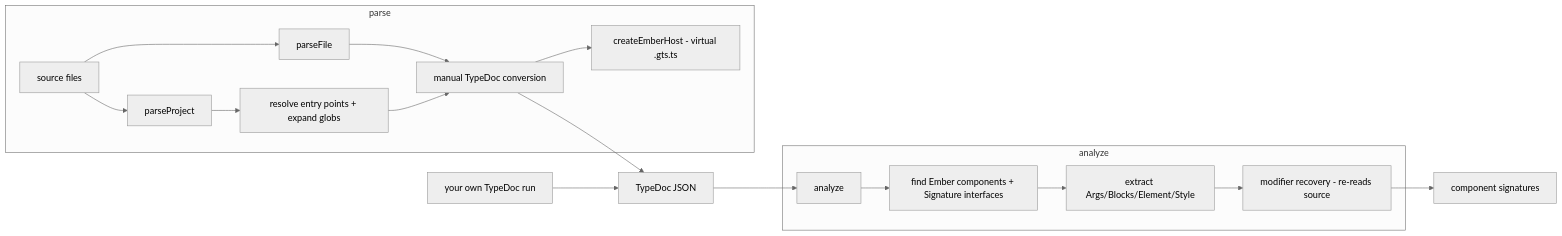
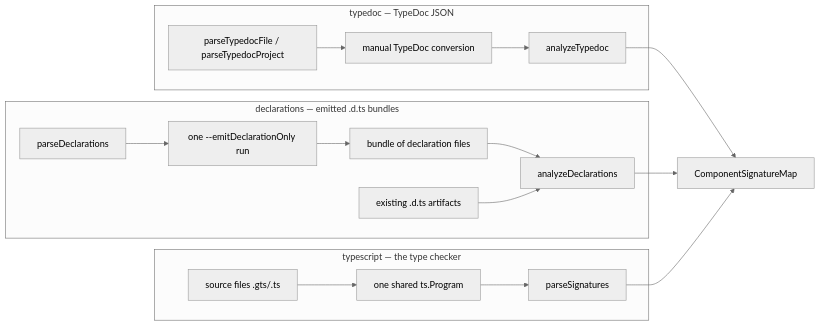
Before and after one commit to ember-integrations/ember-storybook: the diagram in packages/ember-docgen/ARCHITECTURE.md, drawn with Mermaid (neutral theme). The commit also changed other lines of this file and 21 other files, not shown here.

````diff
--- a/packages/ember-docgen/ARCHITECTURE.md
+++ b/packages/ember-docgen/ARCHITECTURE.md
@@ -10,23 +8,23 @@
 ```mermaid
 flowchart LR
-    subgraph parse_half["parse"]
-        source[source files] --> parseFile
-        source --> parseProject
-        parseFile --> convert[manual TypeDoc conversion]
-        parseProject --> resolve[resolve entry points + expand globs]
-        resolve --> convert
-        convert --> host[createEmberHost - virtual .gts.ts]
+    subgraph typedoc["typedoc — TypeDoc JSON"]
+        parse[parseTypedocFile / parseTypedocProject] --> convert[manual TypeDoc conversion]
+        convert --> analyze[analyzeTypedoc]
     end
 
-    other[your own TypeDoc run] --> json[TypeDoc JSON]
-    convert --> json
-
-    subgraph analyze_half["analyze"]
-        analyzeJson[analyze] --> find[find Ember components + Signature interfaces]
-        find --> extract[extract Args/Blocks/Element/Style]
-        extract --> recover[modifier recovery - re-reads source]
+    subgraph declarations["declarations — emitted .d.ts bundles"]
+        parseDecl[parseDeclarations] --> emit[one --emitDeclarationOnly run]
+        emit --> bundle[bundle of declaration files]
+        bundle --> analyzeDecl[analyzeDeclarations]
+        existing[existing .d.ts artifacts] --> analyzeDecl
     end
 
-    json --> analyzeJson
-    recover --> signatures[component signatures]
+    subgraph typescript["typescript — the type checker"]
+        source[source files .gts/.ts] --> program[one shared ts.Program]
+        program --> parseSig[parseSignatures]
+    end
+
+    analyze --> signatures[ComponentSignatureMap]
+    analyzeDecl --> signatures
+    parseSig --> signatures
 ```
````
